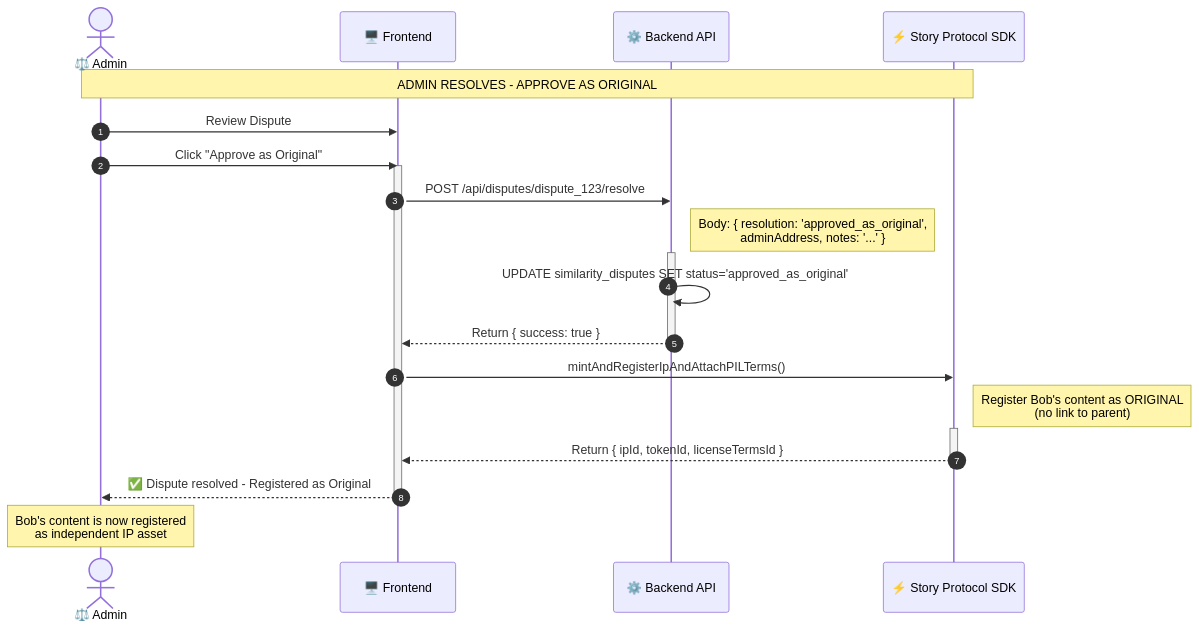
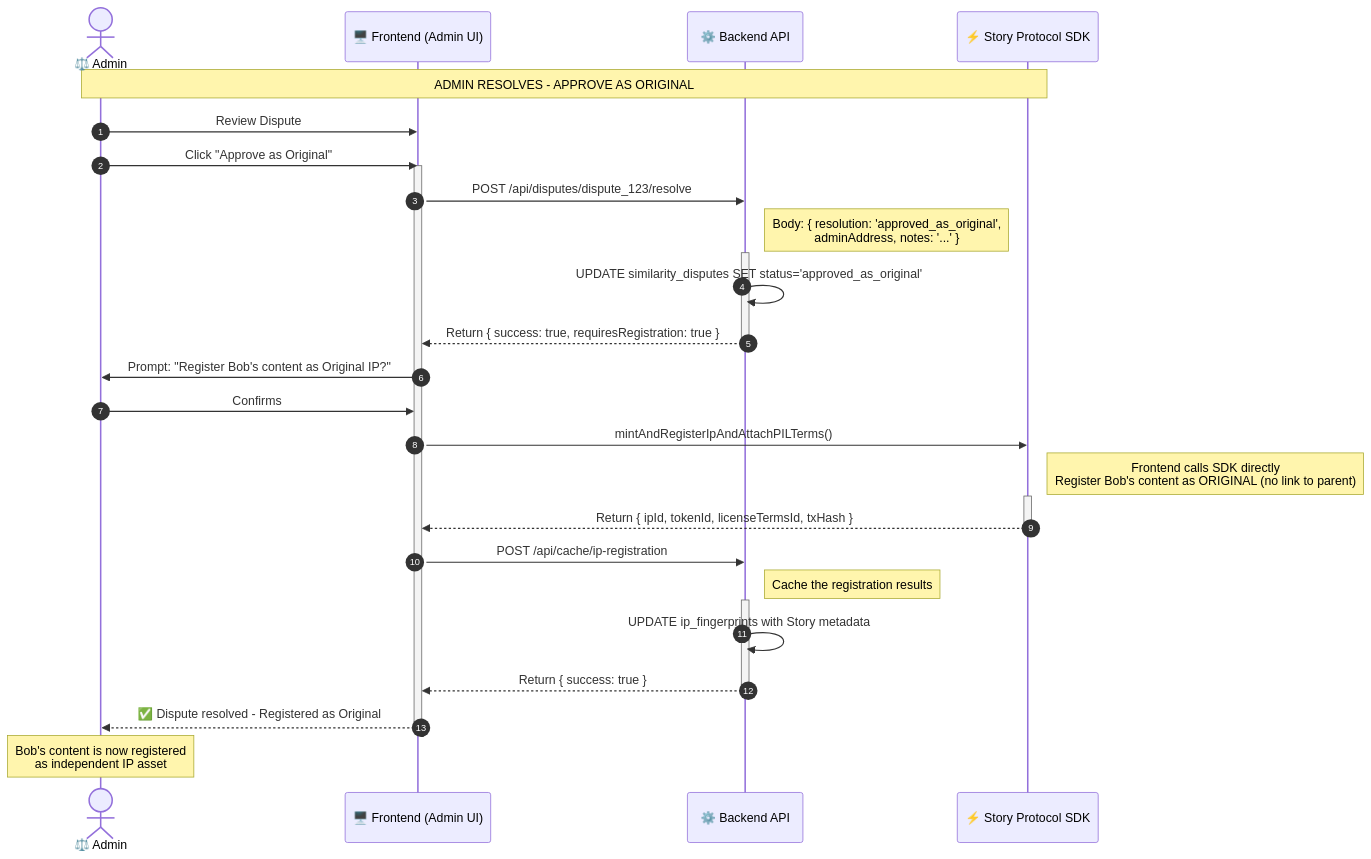
Before and after one commit to 18Abhinav07/Orion: the tenth of 11 diagrams in FLOW.md, drawn with Mermaid. The commit also changed other lines of this file, not shown here.

````diff
--- a/FLOW.md
+++ b/FLOW.md
@@ -962,34 +1283,45 @@
 ```mermaid
 sequenceDiagram
     autonumber
     actor Admin as ⚖️ Admin
-    participant FE as 🖥️ Frontend
+    participant FE as 🖥️ Frontend (Admin UI)
     participant API as ⚙️ Backend API
     participant SP as ⚡ Story Protocol SDK
 
     Note over Admin, SP: ADMIN RESOLVES - APPROVE AS ORIGINAL
 
     Admin->>FE: Review Dispute #123 (Score: 78%)
     Admin->>FE: Click "Approve as Original"
 
     activate FE
     FE->>API: POST /api/disputes/dispute_123/resolve
     Note right of API: Body: { resolution: 'approved_as_original',<br/>adminAddress, notes: '...' }
 
     activate API
     API->>API: UPDATE similarity_disputes SET status='approved_as_original'
+    API-->>FE: Return { success: true, requiresRegistration: true }
+    deactivate API
+
+    FE->>Admin: Prompt: "Register Bob's content as Original IP?"
+    Admin->>FE: Confirms
+
+    FE->>SP: mintAndRegisterIpAndAttachPILTerms()
+    Note right of SP: Frontend calls SDK directly<br/>Register Bob's content as ORIGINAL (no link to parent)
+
+    activate SP
+    SP-->>FE: Return { ipId, tokenId, licenseTermsId, txHash }
+    deactivate SP
+
+    FE->>API: POST /api/cache/ip-registration
+    Note right of API: Cache the registration results
+
+    activate API
+    API->>API: UPDATE ip_fingerprints with Story metadata
     API-->>FE: Return { success: true }
     deactivate API
-
-    FE->>SP: mintAndRegisterIpAndAttachPILTerms()
-    Note right of SP: Register Bob's content as ORIGINAL<br/>(no link to parent)
-
-    activate SP
-    SP-->>FE: Return { ipId, tokenId, licenseTermsId }
-    deactivate SP
 
     FE-->>Admin: ✅ Dispute resolved - Registered as Original
     deactivate FE
 
     Note over Admin: Bob's content is now registered<br/>as independent IP asset
 ```
````
